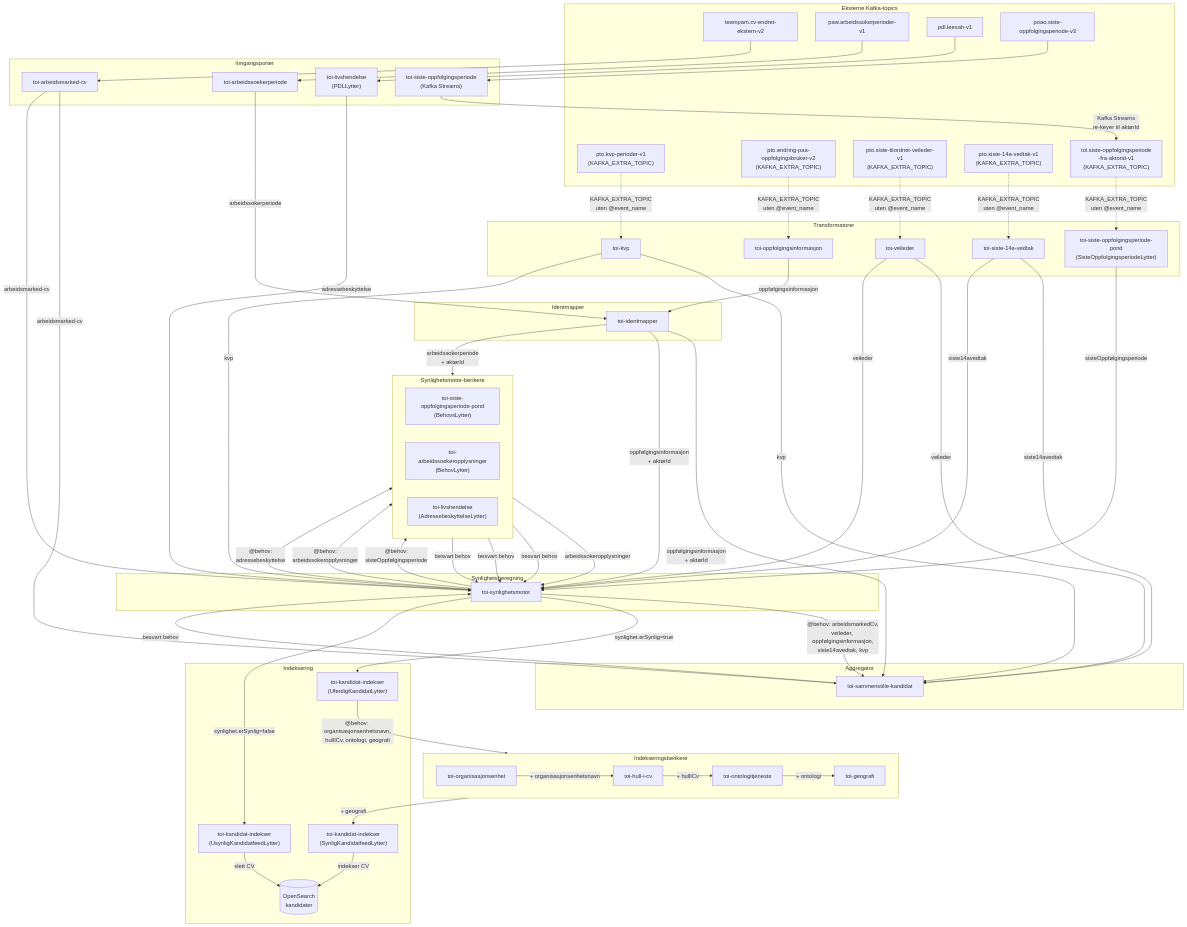
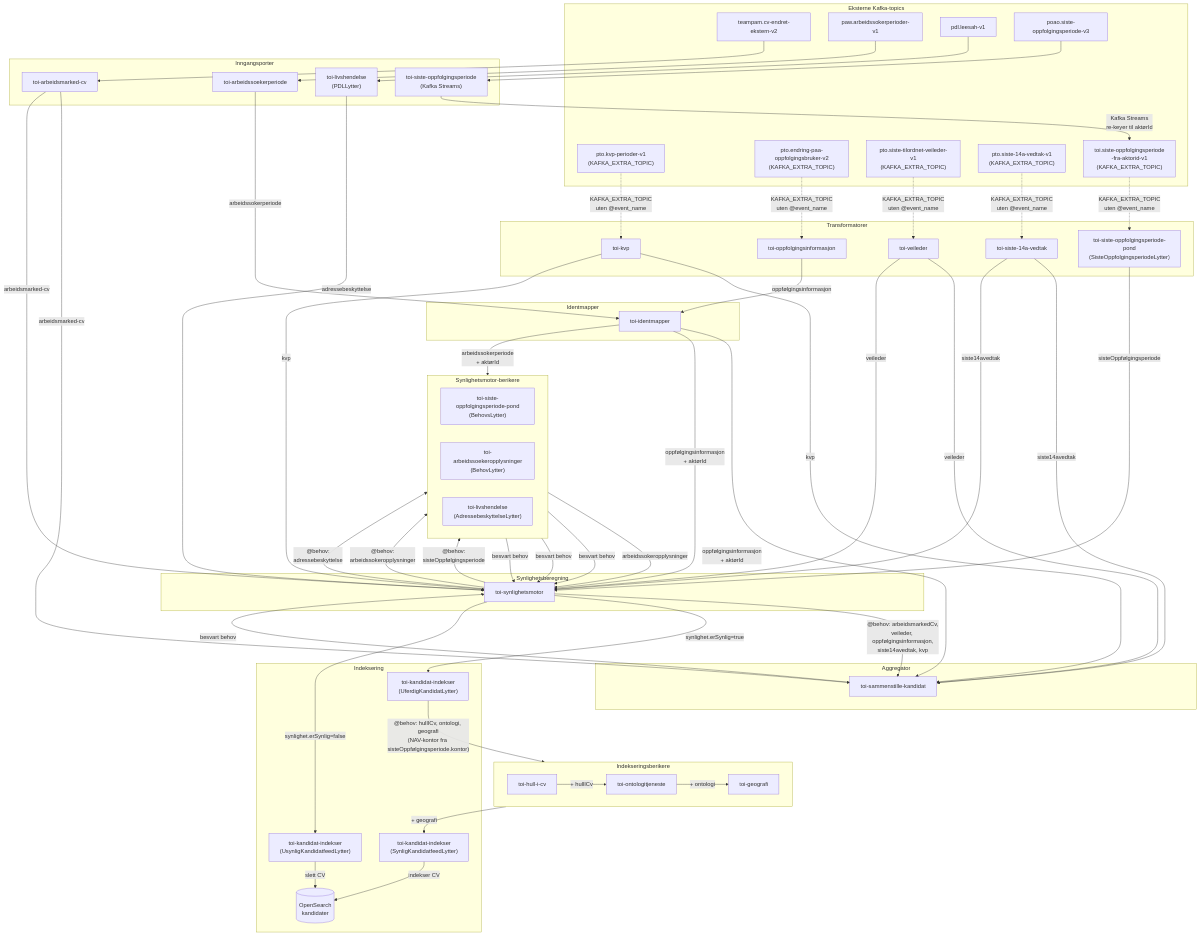
The first of 12 diagrams in MELDINGSFLYTER.md (navikt/toi-rapids-and-rivers), drawn with Mermaid before and after one commit. The commit also changed other lines of this file and 23 other files, not shown here.

First line of the commit message:
Les oppfølgingsenhet-, og navn fra en bedre kilde (toi.siste-oppfolgi… (#216)

```diff
--- a/MELDINGSFLYTER.md
+++ b/MELDINGSFLYTER.md
@@ -84,7 +84,6 @@
 
     subgraph Indekseringsberikere
         direction LR
-        toi-organisasjonsenhet
         toi-hull-i-cv
         toi-ontologitjeneste
         toi-geografi
@@ -154,8 +153,7 @@
     toi-synlighetsmotor -->|"synlighet.erSynlig=false"| toi-kandidat-indekser-usynlig
 
     %% UferdigKandidatLytter legger til @behov for indekseringsberikere
-    toi-kandidat-indekser-uferdig -->|"@behov: organisasjonsenhetsnavn,<br/>hullICv, ontologi, geografi"| toi-organisasjonsenhet
-    toi-organisasjonsenhet -->|"+ organisasjonsenhetsnavn"| toi-hull-i-cv
+    toi-kandidat-indekser-uferdig -->|"@behov: hullICv, ontologi, geografi<br/>(NAV-kontor fra sisteOppfølgingsperiode.kontor)"| toi-hull-i-cv
     toi-hull-i-cv -->|"+ hullICv"| toi-ontologitjeneste
     toi-ontologitjeneste -->|"+ ontologi"| toi-geografi
     toi-geografi -->|"+ geografi"| toi-kandidat-indekser-synlig
```
